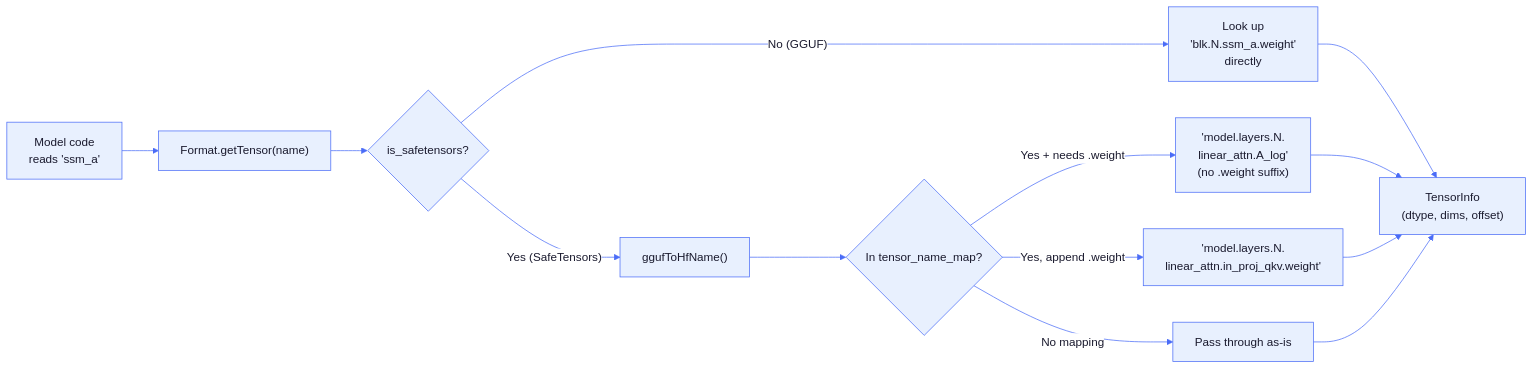
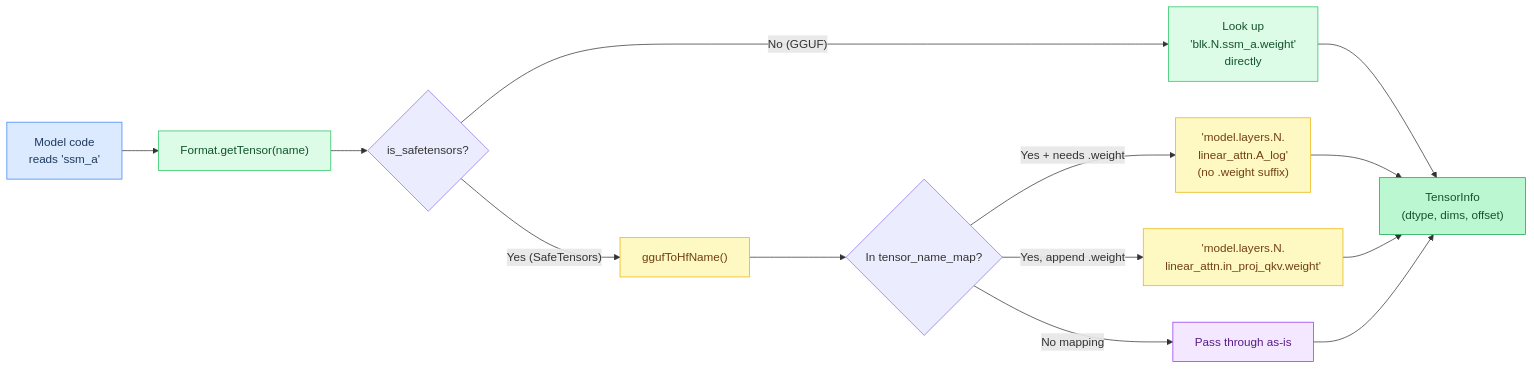
Before and after one commit to maci0/agave: the seventh of 9 diagrams in docs/tutorial/14-format-conventions.md, drawn with Mermaid. The commit also changed other lines of this file and 24 other files, not shown here.

First line of the commit message:
docs: convert all mermaid diagrams to classDef semantic colors

````diff
--- a/docs/tutorial/14-format-conventions.md
+++ b/docs/tutorial/14-format-conventions.md
@@ -575,33 +563,31 @@
 ```mermaid
-%%{init: {'theme': 'base', 'themeVariables': {
-  'primaryColor': '#e8f0fe',
-  'primaryTextColor': '#1a1a2e',
-  'primaryBorderColor': '#4a6cf7',
-  'lineColor': '#4a6cf7',
-  'secondaryColor': '#f0f4ff',
-  'tertiaryColor': '#f8f9ff',
-  'edgeLabelBackground': '#ffffff',
-  'clusterBkg': '#f0f4ff',
-  'clusterBorder': '#4a6cf7',
-  'titleColor': '#1a1a2e',
-  'nodeTextColor': '#1a1a2e',
-  'fontFamily': 'ui-monospace, SFMono-Regular, monospace'
-}}}%%
 flowchart LR
-    Model["Model code\nreads 'ssm_a'"] --> Lookup["Format.getTensor(name)"]
+    classDef setup     fill:#dbeafe,stroke:#3b82f6,color:#1e3a5f
+    classDef sync      fill:#dcfce7,stroke:#22c55e,color:#14532d
+    classDef migration fill:#fef9c3,stroke:#eab308,color:#713f12
+    classDef success   fill:#bbf7d0,stroke:#16a34a,color:#14532d
+    classDef danger    fill:#fee2e2,stroke:#ef4444,color:#7f1d1d
+    classDef optional  fill:#f3e8ff,stroke:#9333ea,color:#581c87
 
+    Model["Model code\nreads 'ssm_a'"]:::setup
+    Lookup["Format.getTensor(name)"]:::sync
+    GGUFLookup["Look up\n'blk.N.ssm_a.weight'\ndirectly"]:::sync
+    Translate["ggufToHfName()"]:::migration
+    HFName["'model.layers.N.\nlinear_attn.A_log'\n(no .weight suffix)"]:::migration
+    HFNameW["'model.layers.N.\nlinear_attn.in_proj_qkv.weight'"]:::migration
+    PassThru["Pass through as-is"]:::optional
+    TensorInfo["TensorInfo\n(dtype, dims, offset)"]:::success
+
+    Model --> Lookup
     Lookup --> Branch{"is_safetensors?"}
-
-    Branch -->|"No (GGUF)"| GGUFLookup["Look up\n'blk.N.ssm_a.weight'\ndirectly"]
-    Branch -->|"Yes (SafeTensors)"| Translate["ggufToHfName()"]
-
+    Branch -->|"No (GGUF)"| GGUFLookup
+    Branch -->|"Yes (SafeTensors)"| Translate
     Translate --> Map{"In tensor_name_map?"}
-    Map -->|"Yes + needs .weight"| HFName["'model.layers.N.\nlinear_attn.A_log'\n(no .weight suffix)"]
-    Map -->|"Yes, append .weight"| HFNameW["'model.layers.N.\nlinear_attn.in_proj_qkv.weight'"]
-    Map -->|"No mapping"| PassThru["Pass through as-is"]
-
-    GGUFLookup --> TensorInfo["TensorInfo\n(dtype, dims, offset)"]
+    Map -->|"Yes + needs .weight"| HFName
+    Map -->|"Yes, append .weight"| HFNameW
+    Map -->|"No mapping"| PassThru
+    GGUFLookup --> TensorInfo
     HFName --> TensorInfo
     HFNameW --> TensorInfo
     PassThru --> TensorInfo
 ```
````
